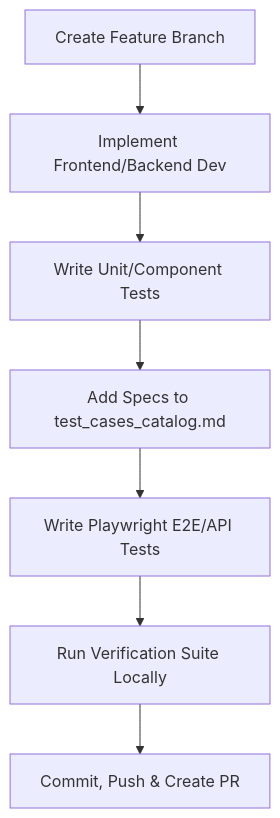
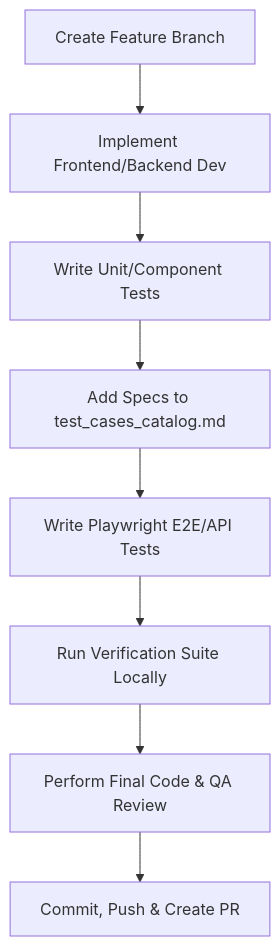
Before and after one commit to munna7862/buggy-books: the diagram in .agents/AGENTS.md, drawn with Mermaid. The commit also changed other lines of this file, not shown here.

Commit message:
docs: add explicit final code review step to workflow list and diagram

````diff
--- a/.agents/AGENTS.md
+++ b/.agents/AGENTS.md
@@ -11,9 +11,10 @@
 ```mermaid
 graph TD
     A[Create Feature Branch] --> B[Implement Frontend/Backend Dev]
     B --> C[Write Unit/Component Tests]
     C --> D[Add Specs to test_cases_catalog.md]
     D --> E[Write Playwright E2E/API Tests]
     E --> F[Run Verification Suite Locally]
-    F --> G[Commit, Push & Create PR]
+    F --> G[Perform Final Code & QA Review]
+    G --> H[Commit, Push & Create PR]
 ```
````
